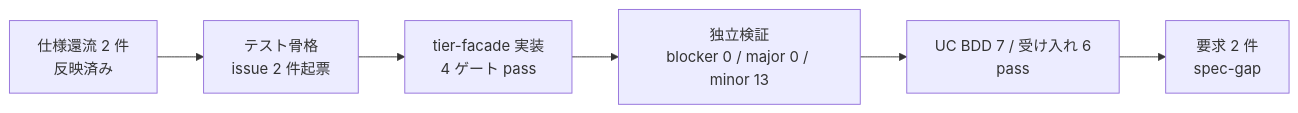
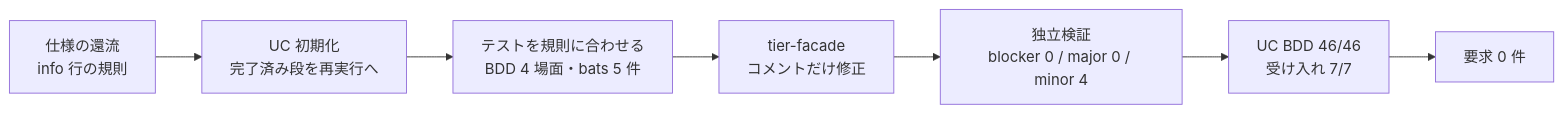
Before and after one commit to suwa-sh/relay-gate: the diagram in docs/impl/latest/dcd8234d/feedback/as-built-summary.md, drawn with Mermaid. The commit also changed other lines of this file and 350 other files, not shown here.

````diff
--- a/docs/impl/latest/dcd8234d/feedback/as-built-summary.md
+++ b/docs/impl/latest/dcd8234d/feedback/as-built-summary.md
@@ -22,8 +23,9 @@
 ```mermaid
 flowchart LR
-  R1[仕様還流 2 件<br/>反映済み] --> S2[テスト骨格<br/>issue 2 件起票]
-  S2 --> S4[tier-facade 実装<br/>4 ゲート pass]
-  S4 --> S5[独立検証<br/>blocker 0 / major 0 / minor 13]
-  S5 --> S67[UC BDD 7 / 受け入れ 6<br/>pass]
-  S67 --> FB[要求 2 件<br/>spec-gap]
+  R[仕様の還流<br/>info 行の規則] --> S1[UC 初期化<br/>完了済み段を再実行へ]
+  S1 --> S2[テストを規則に合わせる<br/>BDD 4 場面・bats 5 件]
+  S2 --> S4[tier-facade<br/>コメントだけ修正]
+  S4 --> S5[独立検証<br/>blocker 0 / major 0 / minor 4]
+  S5 --> S67[UC BDD 46/46<br/>受け入れ 7/7]
+  S67 --> FB[要求 0 件]
 ```
````
